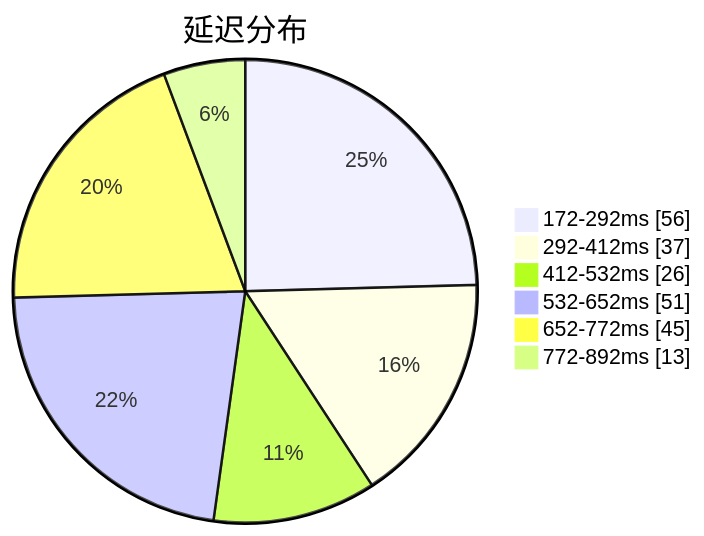
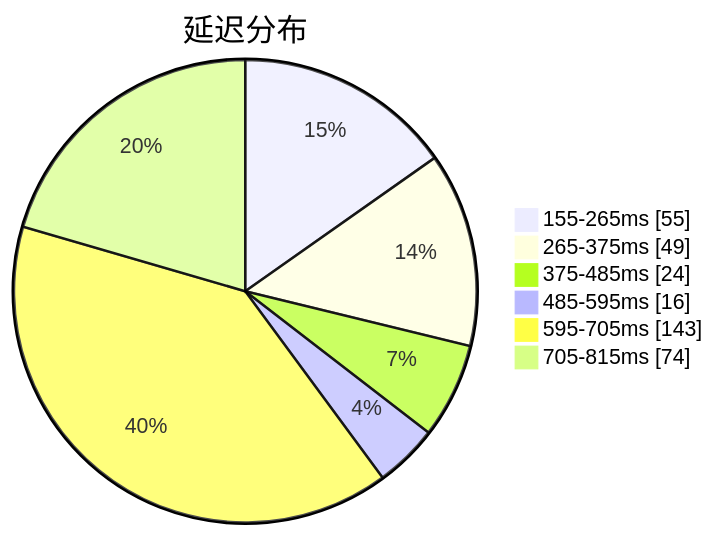
Before and after one commit to qjlxg/airport: the first of 3 diagrams in subs/statistics/tested_within.md, drawn with Mermaid. The commit also changed other lines of this file and 2 other files, not shown here.

````diff
--- a/subs/statistics/tested_within.md
+++ b/subs/statistics/tested_within.md
@@ -2,10 +2,10 @@
 ```mermaid
 pie showData
 title 延迟分布
-"172-292ms" : 56
-"292-412ms" : 37
-"412-532ms" : 26
-"532-652ms" : 51
-"652-772ms" : 45
-"772-892ms" : 13
+"155-265ms" : 55
+"265-375ms" : 49
+"375-485ms" : 24
+"485-595ms" : 16
+"595-705ms" : 143
+"705-815ms" : 74
 ```
````
